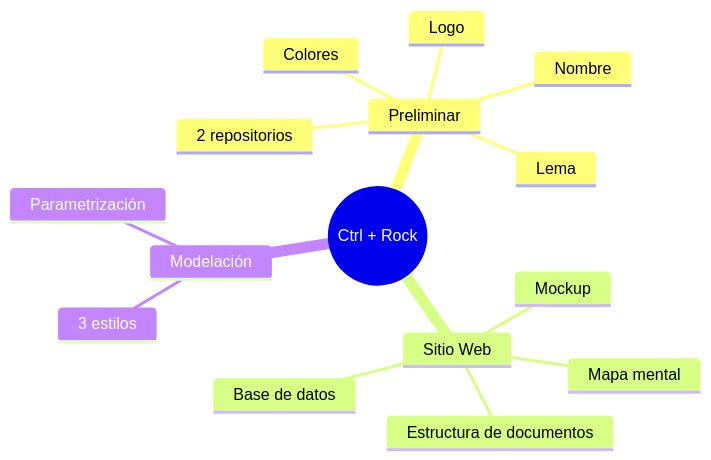
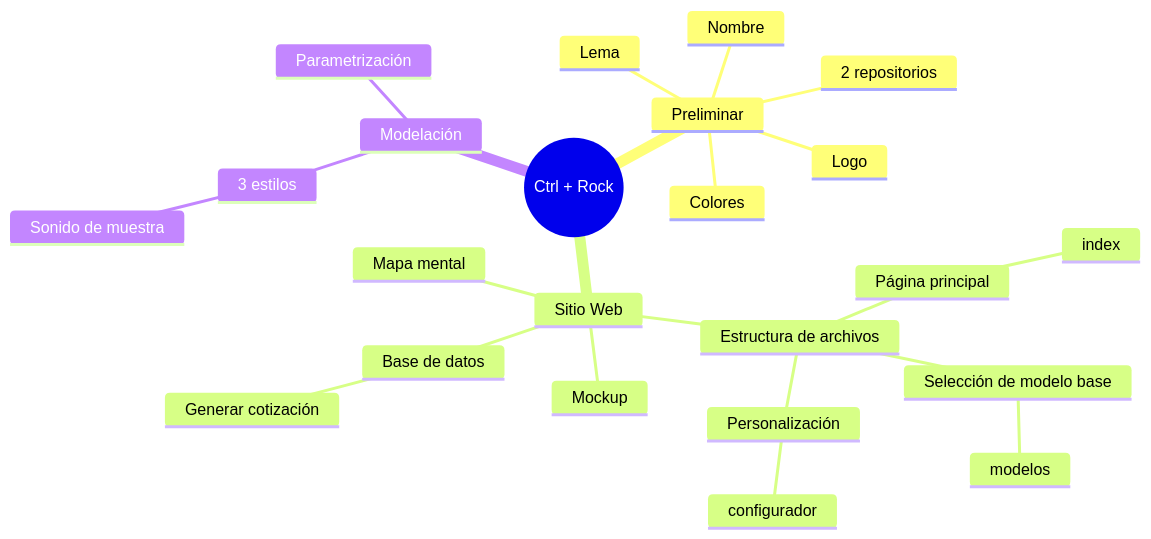
The first of 2 diagrams in README.md (alejojimenezz/ctrl-rock), drawn with Mermaid before and after one commit. The commit also changed other lines of this file, not shown here.

Commit message:
Actualización README

````diff
--- a/README.md
+++ b/README.md
@@ -11,18 +11,26 @@
 ```mermaid
 mindmap
     root ((Ctrl + Rock))
         Preliminar
             Nombre
             Lema
             Logo
             Colores
             2 repositorios
         Sitio Web
             Mapa mental
             Mockup
-            Estructura de documentos
+            Estructura de archivos
+                Página principal
+                    index
+                Selección de modelo base
+                    modelos
+                Personalización
+                    configurador
             Base de datos
+                Generar cotización
         Modelación
             3 estilos
+                Sonido de muestra
             Parametrización
 ```
````
